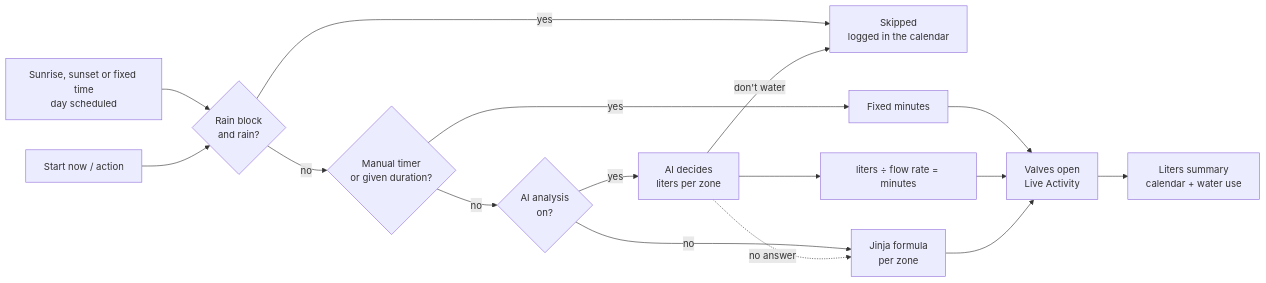
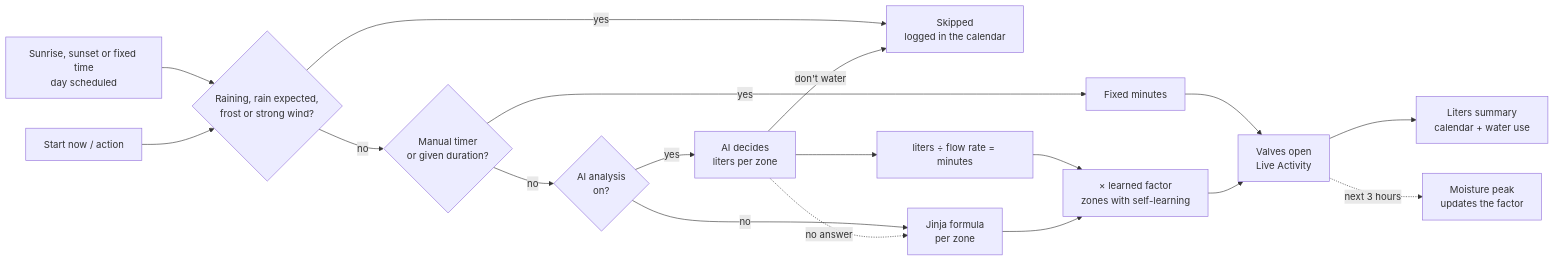
The diagram in README.md (acaonweb/irrigazione-ai), drawn with Mermaid before and after one commit. The commit also changed other lines of this file and 20 other files, not shown here.

````diff
--- a/README.md
+++ b/README.md
@@ -125,17 +136,19 @@
 ```mermaid
 flowchart LR
-    A[Sunrise, sunset or fixed time<br/>day scheduled] --> B{Rain block<br/>and rain?}
+    A[Sunrise, sunset or fixed time<br/>day scheduled] --> B{Raining, rain expected,<br/>frost or strong wind?}
     M[Start now / action] --> B
     B -- yes --> X[Skipped<br/>logged in the calendar]
     B -- no --> C{Manual timer<br/>or given duration?}
     C -- yes --> F[Fixed minutes]
     C -- no --> D{AI analysis<br/>on?}
     D -- yes --> E[AI decides<br/>liters per zone] --> G[liters ÷ flow rate = minutes]
     D -- no --> H[Jinja formula<br/>per zone]
     E -. no answer .-> H
     E -- don't water --> X
+    G --> L[× learned factor<br/>zones with self-learning]
+    H --> L
     F --> R[Valves open<br/>Live Activity]
-    G --> R
-    H --> R
+    L --> R
     R --> Z[Liters summary<br/>calendar + water use]
+    R -. next 3 hours .-> K[Moisture peak<br/>updates the factor]
 ```
````
